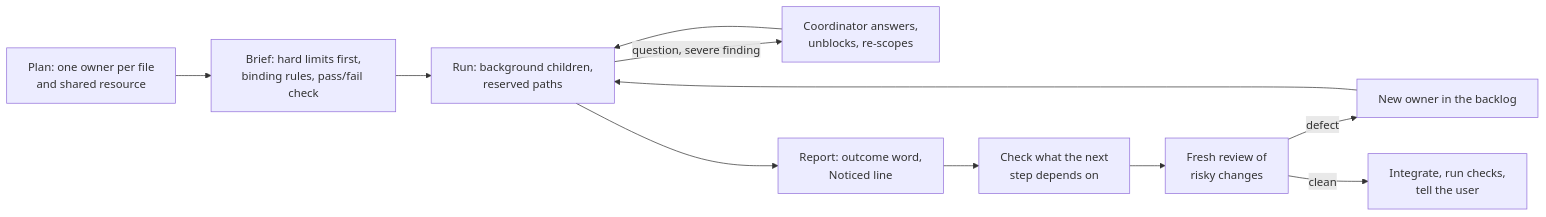
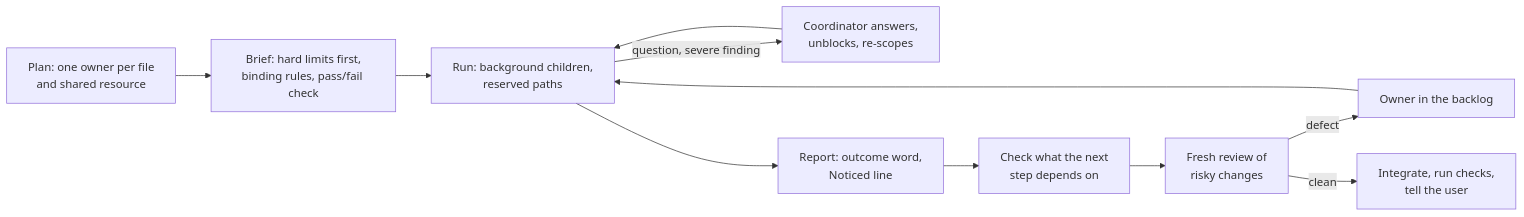
The first of 6 diagrams in docs/AGENT_COMMUNICATION.md (bgauryy/octocode-coding-agent), drawn with Mermaid before and after one commit. The commit also changed other lines of this file and 986 other files, not shown here.

````diff
--- a/docs/AGENT_COMMUNICATION.md
+++ b/docs/AGENT_COMMUNICATION.md
@@ -21,13 +21,13 @@
 ```mermaid
 flowchart LR
   P["Plan: one owner per file<br/>and shared resource"] --> B["Brief: hard limits first,<br/>binding rules, pass/fail check"]
   B --> R["Run: background children,<br/>reserved paths"]
   R -->|question, severe finding| A["Coordinator answers,<br/>unblocks, re-scopes"]
   A --> R
   R --> Rep["Report: outcome word,<br/>Noticed line"]
   Rep --> C["Check what the next<br/>step depends on"]
   C --> V["Fresh review of<br/>risky changes"]
-  V -->|defect| O["New owner in the backlog"]
+  V -->|defect| O["Owner in the backlog"]
   O --> R
   V -->|clean| I["Integrate, run checks,<br/>tell the user"]
 ```
````
